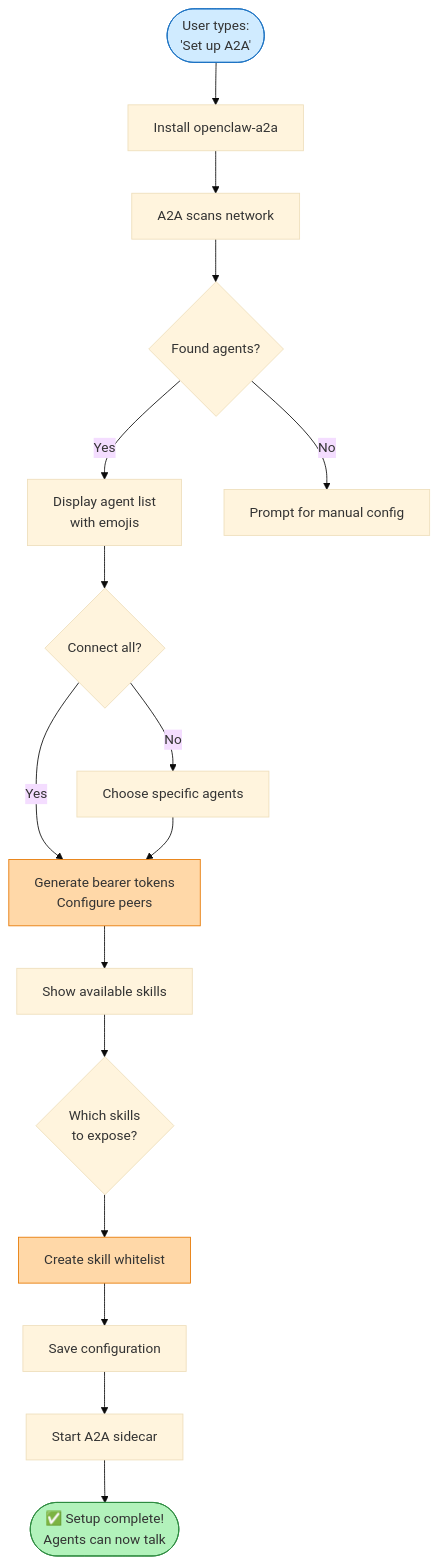
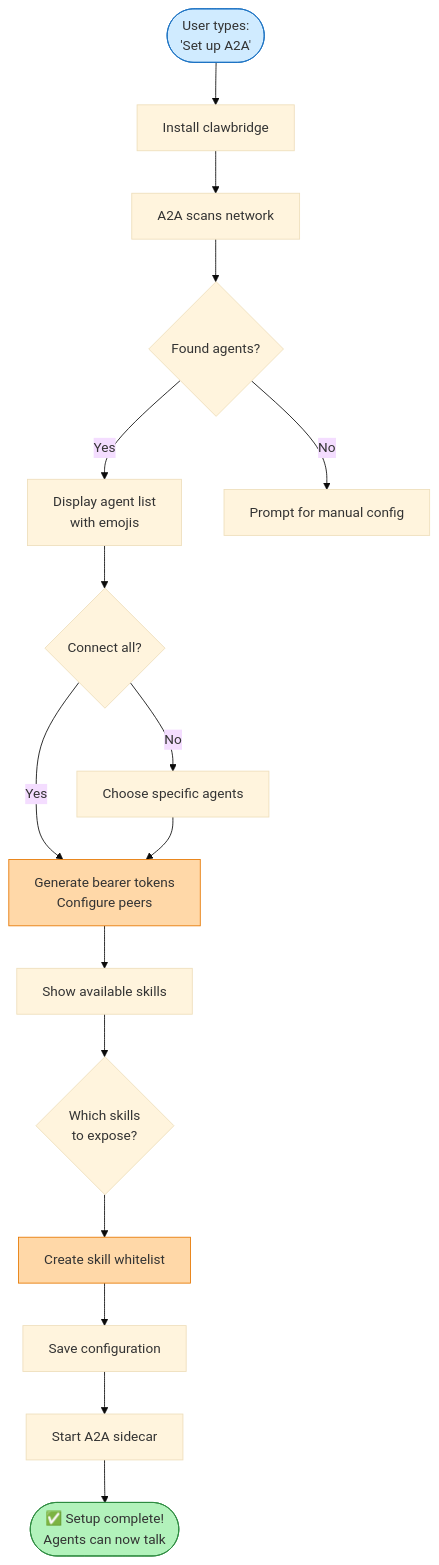
The fourth of 9 diagrams in docs/DIAGRAMS.md (paprini/clawbridge), drawn with Mermaid (base theme) before and after one commit. The commit also changed other lines of this file and 40 other files, not shown here.

````diff
--- a/docs/DIAGRAMS.md
+++ b/docs/DIAGRAMS.md
@@ -88,28 +88,28 @@
 ```mermaid
 graph TD
-    Start([User types:<br/>'Set up A2A']) --> Install[Install openclaw-a2a]
+    Start([User types:<br/>'Set up A2A']) --> Install[Install clawbridge]
     Install --> Scan[A2A scans network]
     Scan --> Discover{Found agents?}
     
     Discover -->|Yes| List[Display agent list<br/>with emojis]
     Discover -->|No| Manual[Prompt for manual config]
     
     List --> ConfirmAll{Connect all?}
     ConfirmAll -->|Yes| Connect[Generate bearer tokens<br/>Configure peers]
     ConfirmAll -->|No| SelectAgents[Choose specific agents]
     
     SelectAgents --> Connect
     
     Connect --> Skills[Show available skills]
     Skills --> ChooseSkills{Which skills<br/>to expose?}
     
     ChooseSkills --> Whitelist[Create skill whitelist]
     Whitelist --> Save[Save configuration]
     Save --> Start2[Start A2A sidecar]
     Start2 --> Done([✅ Setup complete!<br/>Agents can now talk])
     
     style Start fill:#d0ebff,stroke:#1971c2
     style Done fill:#b2f2bb,stroke:#2b8a3e
     style Connect fill:#ffd8a8,stroke:#e67700
     style Whitelist fill:#ffd8a8,stroke:#e67700
 ```
````
